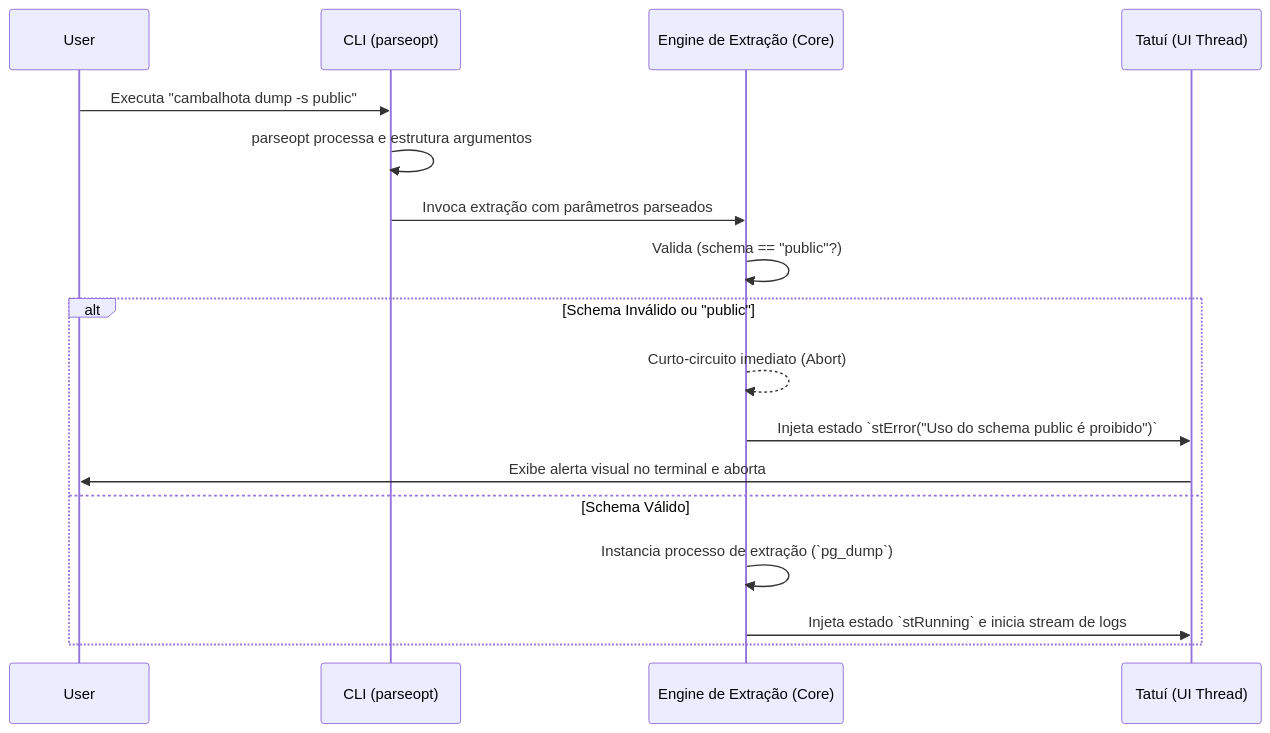
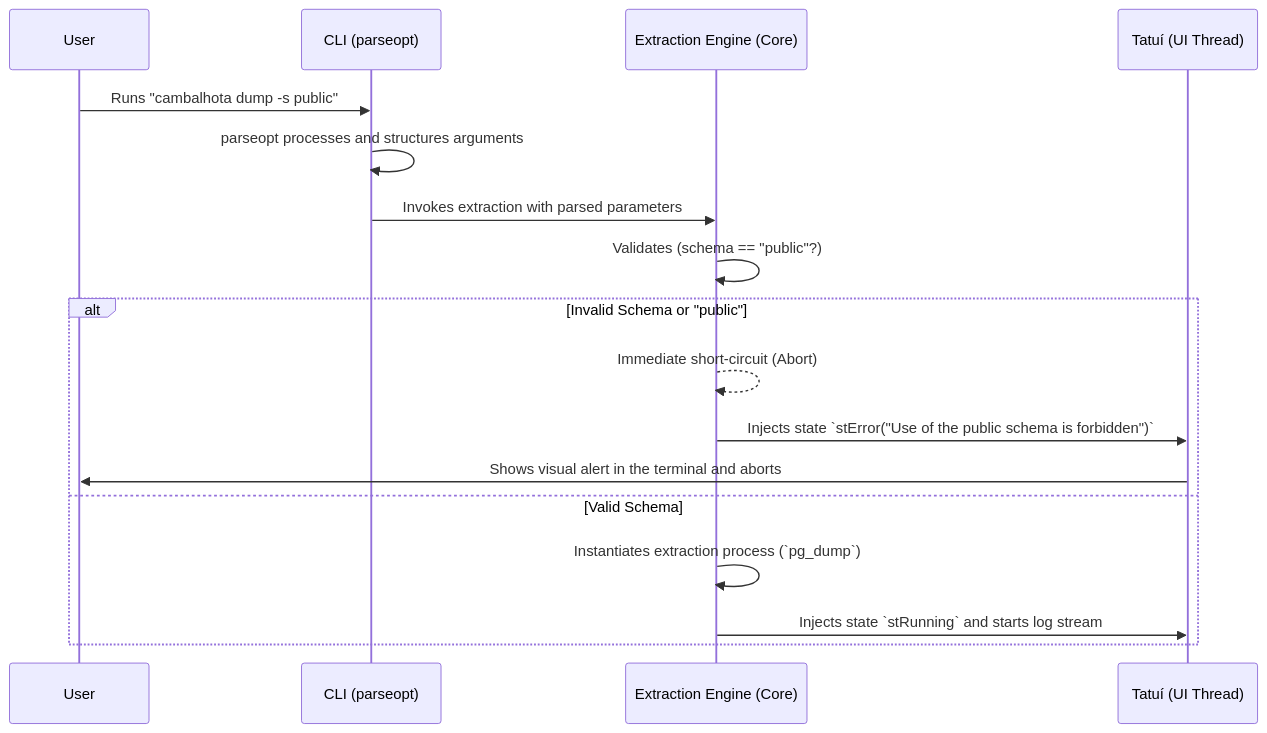
Before and after one commit to invector-tecnologia/cambalhota: the diagram in docs/engineering/adrs/003_cli_parser_and_security.md, drawn with Mermaid. The commit also changed other lines of this file and 60 other files, not shown here.

````diff
--- a/docs/engineering/adrs/003_cli_parser_and_security.md
+++ b/docs/engineering/adrs/003_cli_parser_and_security.md
@@ -21,20 +21,20 @@
 ```mermaid
 sequenceDiagram
     participant User
     participant CLI as CLI (parseopt)
-    participant Core as Engine de Extração (Core)
+    participant Core as Extraction Engine (Core)
     participant TUI as Tatuí (UI Thread)
 
-    User->>CLI: Executa "cambalhota dump -s public"
-    CLI->>CLI: parseopt processa e estrutura argumentos
-    CLI->>Core: Invoca extração com parâmetros parseados
-    Core->>Core: Valida (schema == "public"?)
-    alt Schema Inválido ou "public"
-        Core-->>Core: Curto-circuito imediato (Abort)
-        Core->>TUI: Injeta estado `stError("Uso do schema public é proibido")`
-        TUI->>User: Exibe alerta visual no terminal e aborta
-    else Schema Válido
-        Core->>Core: Instancia processo de extração (`pg_dump`)
-        Core->>TUI: Injeta estado `stRunning` e inicia stream de logs
+    User->>CLI: Runs "cambalhota dump -s public"
+    CLI->>CLI: parseopt processes and structures arguments
+    CLI->>Core: Invokes extraction with parsed parameters
+    Core->>Core: Validates (schema == "public"?)
+    alt Invalid Schema or "public"
+        Core-->>Core: Immediate short-circuit (Abort)
+        Core->>TUI: Injects state `stError("Use of the public schema is forbidden")`
+        TUI->>User: Shows visual alert in the terminal and aborts
+    else Valid Schema
+        Core->>Core: Instantiates extraction process (`pg_dump`)
+        Core->>TUI: Injects state `stRunning` and starts log stream
     end
 ```
````
